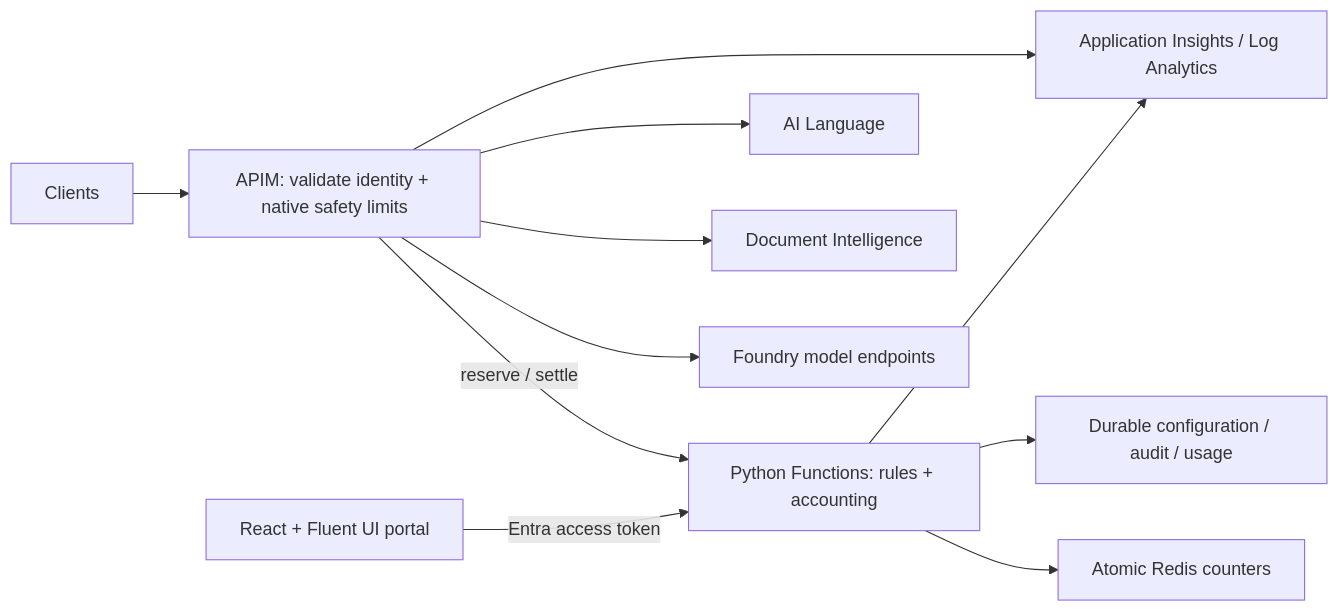
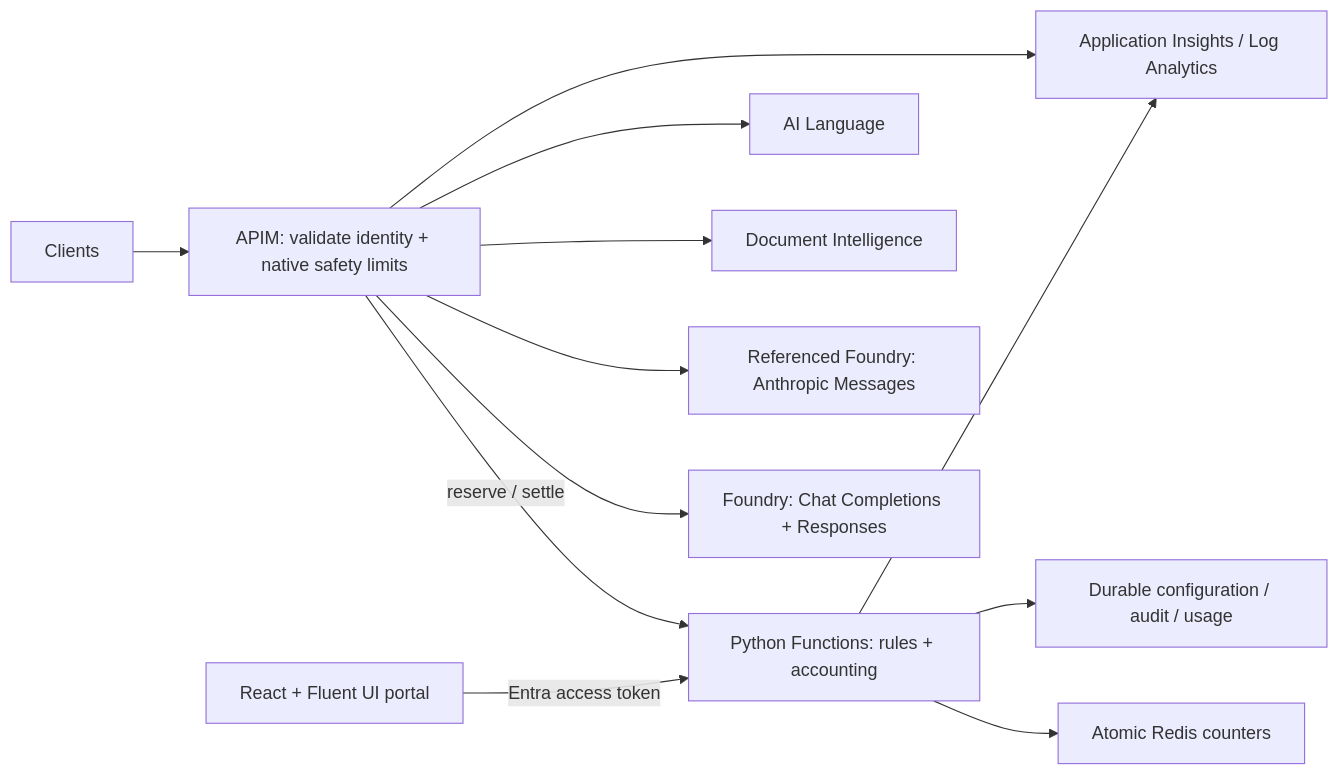
One commit to jordanbean-msft/apim-rate-limit-foundry changed the diagram in ARCHITECTURE.md. Above: the diagram before and after it, drawn with Mermaid. The commit also changed other lines of this file and 7 other files, not shown here.

````diff
--- a/ARCHITECTURE.md
+++ b/ARCHITECTURE.md
@@ -3,13 +3,14 @@
 ```mermaid
 flowchart LR
     Clients --> APIM["APIM: validate identity + native safety limits"]
     APIM -->|reserve / settle| Functions["Python Functions: rules + accounting"]
     Functions --> Redis["Atomic Redis counters"]
     Functions --> Tables["Durable configuration / audit / usage"]
-    APIM --> Foundry["Foundry model endpoints"]
+    APIM --> Foundry["Foundry: Chat Completions + Responses"]
+    APIM --> Anthropic["Referenced Foundry: Anthropic Messages"]
     APIM --> Document["Document Intelligence"]
     APIM --> Language["AI Language"]
     Portal["React + Fluent UI portal"] -->|Entra access token| Functions
     Functions --> Monitor["Application Insights / Log Analytics"]
     APIM --> Monitor
 ```
````
